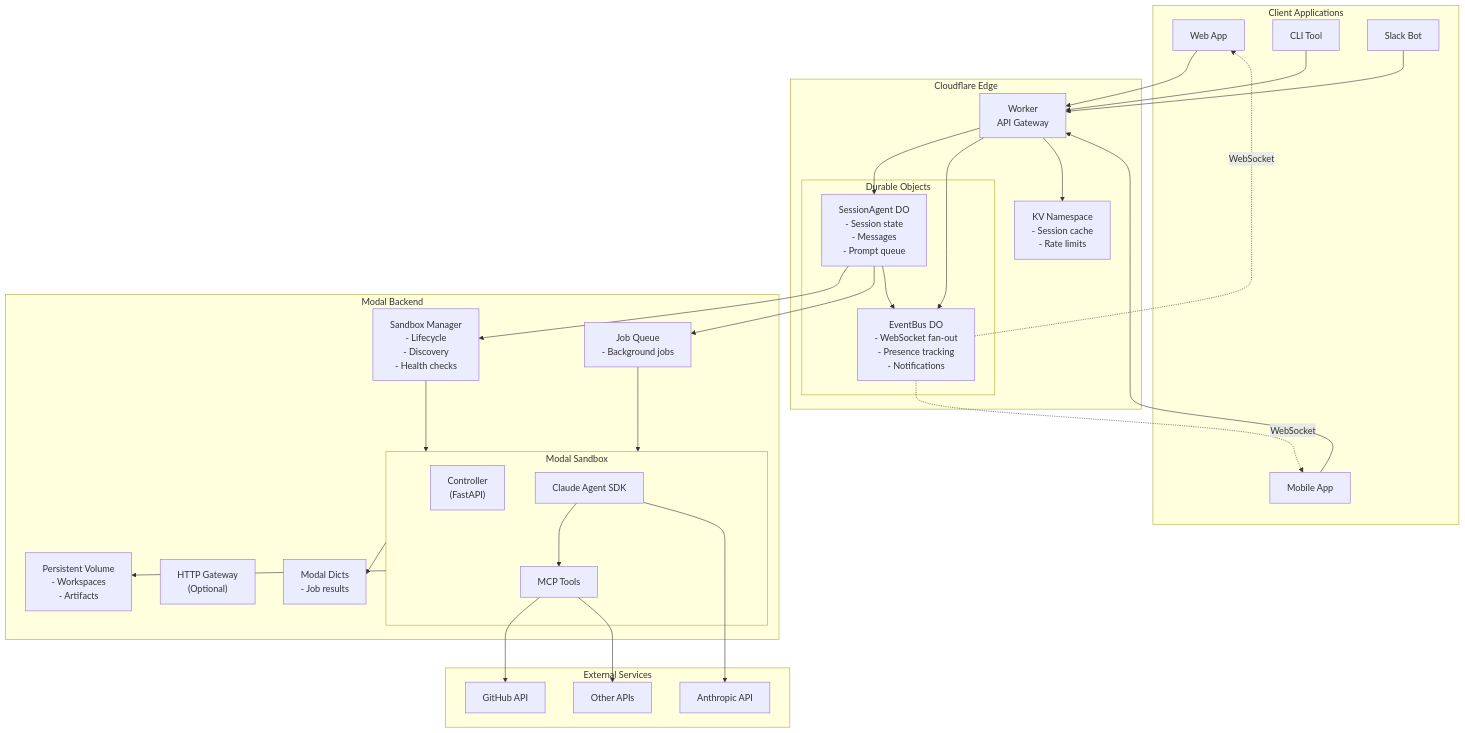
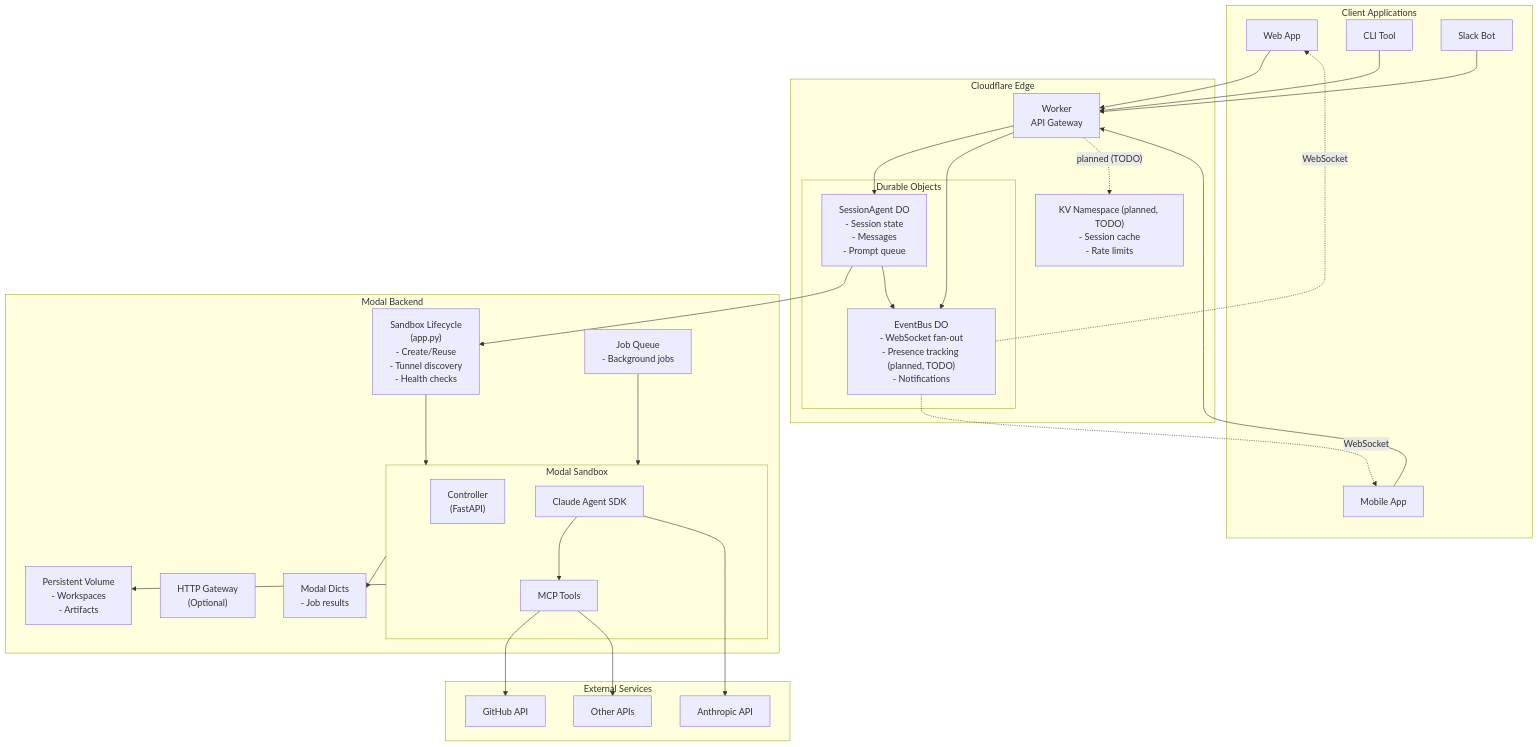
The first of 5 diagrams in docs/cloudflare-architecture.md (ibby-ai/rafiki), drawn with Mermaid before and after one commit. The commit also changed other lines of this file and 4 other files, not shown here.

````diff
--- a/docs/cloudflare-architecture.md
+++ b/docs/cloudflare-architecture.md
@@ -7,68 +7,67 @@
 ```mermaid
 flowchart TB
     subgraph Client["Client Applications"]
         WebApp["Web App"]
         Mobile["Mobile App"]
         CLI["CLI Tool"]
         Slack["Slack Bot"]
     end
 
     subgraph Cloudflare["Cloudflare Edge"]
         Worker["Worker<br/>API Gateway"]
 
         subgraph DurableObjects["Durable Objects"]
             SessionDO["SessionAgent DO<br/>- Session state<br/>- Messages<br/>- Prompt queue"]
-            EventBusDO["EventBus DO<br/>- WebSocket fan-out<br/>- Presence tracking<br/>- Notifications"]
+            EventBusDO["EventBus DO<br/>- WebSocket fan-out<br/>- Presence tracking (planned, TODO)<br/>- Notifications"]
         end
 
-        KV["KV Namespace<br/>- Session cache<br/>- Rate limits"]
+        KV["KV Namespace (planned, TODO)<br/>- Session cache<br/>- Rate limits"]
     end
 
     subgraph Modal["Modal Backend"]
         Gateway["HTTP Gateway<br/>(Optional)"]
 
-        SandboxMgr["Sandbox Manager<br/>- Lifecycle<br/>- Discovery<br/>- Health checks"]
+        SandboxMgr["Sandbox Lifecycle<br/>(app.py)<br/>- Create/Reuse<br/>- Tunnel discovery<br/>- Health checks"]
 
         subgraph Sandbox["Modal Sandbox"]
             Controller["Controller<br/>(FastAPI)"]
             AgentSDK["Claude Agent SDK"]
             Tools["MCP Tools"]
         end
 
         Volume["Persistent Volume<br/>- Workspaces<br/>- Artifacts"]
         Queue["Job Queue<br/>- Background jobs"]
         Dict["Modal Dicts<br/>- Job results"]
     end
 
     subgraph External["External Services"]
         Anthropic["Anthropic API"]
         GitHub["GitHub API"]
         Other["Other APIs"]
     end
 
     WebApp --> Worker
     Mobile --> Worker
     CLI --> Worker
     Slack --> Worker
 
     Worker --> SessionDO
     Worker --> EventBusDO
-    Worker --> KV
+    Worker -.planned (TODO).-> KV
 
     SessionDO --> SandboxMgr
-    SessionDO --> Queue
     SessionDO --> EventBusDO
 
     EventBusDO -.WebSocket.-> WebApp
     EventBusDO -.WebSocket.-> Mobile
 
     SandboxMgr --> Sandbox
     Sandbox --> Volume
     Queue --> Sandbox
     Sandbox --> Dict
 
     AgentSDK --> Tools
     AgentSDK --> Anthropic
     Tools --> GitHub
     Tools --> Other
 ```
````
